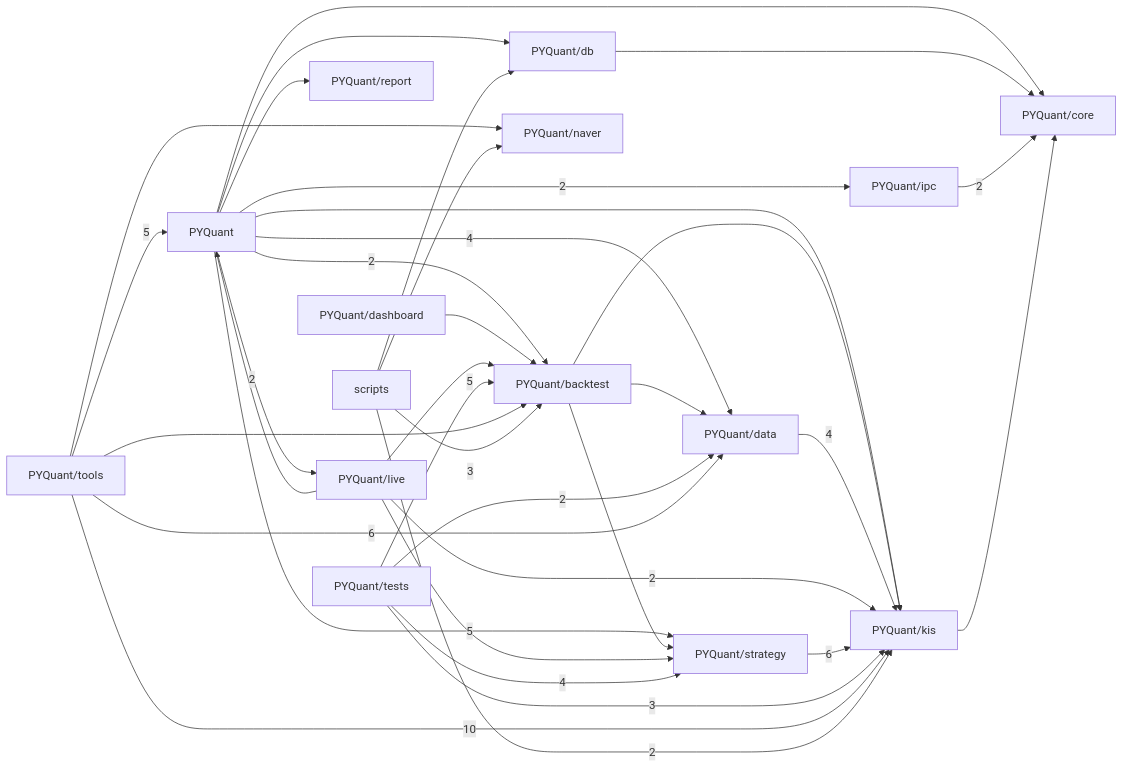
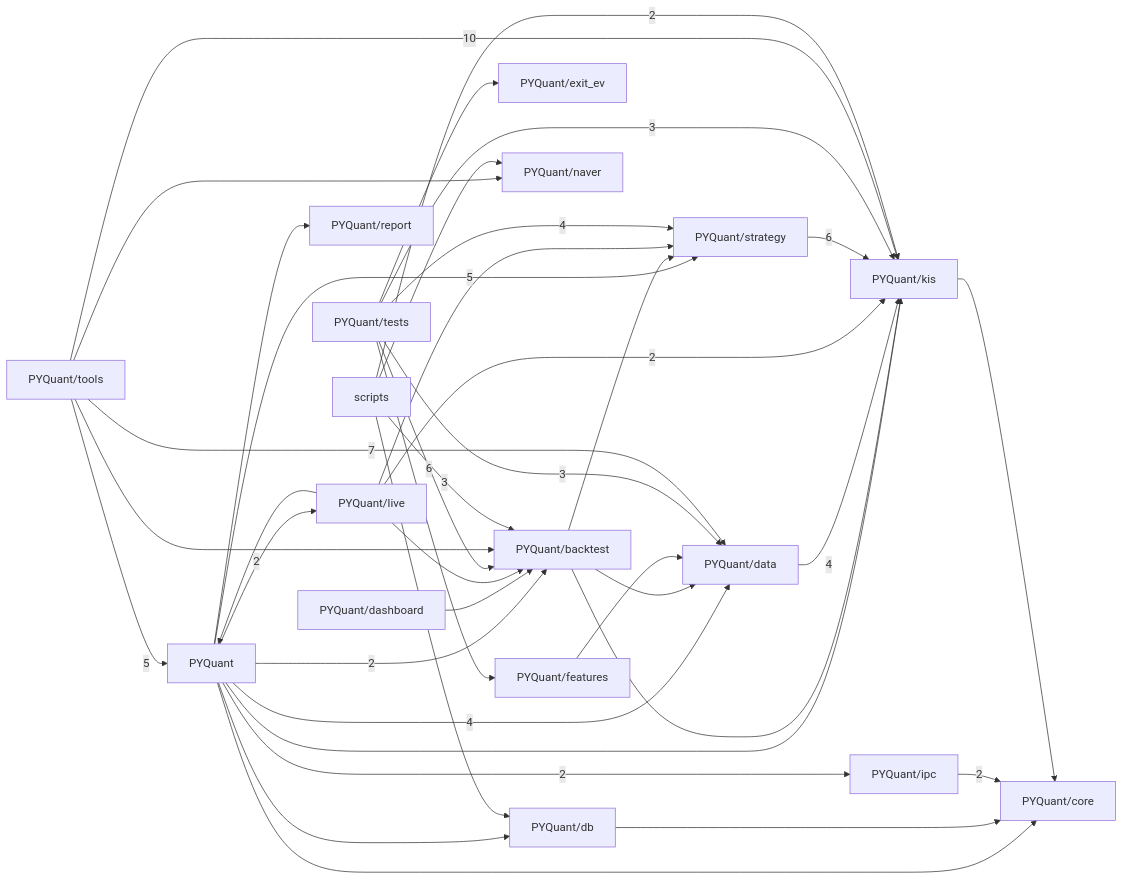
The third of 3 diagrams in docs/CODE_GRAPH.md (pypy8171/Quant), drawn with Mermaid before and after one commit. The commit also changed other lines of this file and 16 other files, not shown here.

````diff
--- a/docs/CODE_GRAPH.md
+++ b/docs/CODE_GRAPH.md
@@ -398,53 +398,58 @@
 ```mermaid
 graph LR
   p_PYQuant["PYQuant"]
   p_PYQuant_backtest["PYQuant/backtest"]
   p_PYQuant_core["PYQuant/core"]
   p_PYQuant_dashboard["PYQuant/dashboard"]
   p_PYQuant_data["PYQuant/data"]
   p_PYQuant_db["PYQuant/db"]
+  p_PYQuant_exit_ev["PYQuant/exit_ev"]
+  p_PYQuant_features["PYQuant/features"]
   p_PYQuant_ipc["PYQuant/ipc"]
   p_PYQuant_kis["PYQuant/kis"]
   p_PYQuant_live["PYQuant/live"]
   p_PYQuant_naver["PYQuant/naver"]
   p_PYQuant_report["PYQuant/report"]
   p_PYQuant_strategy["PYQuant/strategy"]
   p_PYQuant_tests["PYQuant/tests"]
   p_PYQuant_tools["PYQuant/tools"]
   p_scripts["scripts"]
   p_PYQuant -->|2| p_PYQuant_backtest
   p_PYQuant --> p_PYQuant_core
   p_PYQuant -->|4| p_PYQuant_data
   p_PYQuant --> p_PYQuant_db
   p_PYQuant -->|2| p_PYQuant_ipc
   p_PYQuant --> p_PYQuant_kis
   p_PYQuant -->|2| p_PYQuant_live
   p_PYQuant --> p_PYQuant_report
   p_PYQuant -->|5| p_PYQuant_strategy
   p_PYQuant_backtest --> p_PYQuant_data
   p_PYQuant_backtest --> p_PYQuant_kis
   p_PYQuant_backtest --> p_PYQuant_strategy
   p_PYQuant_dashboard --> p_PYQuant_backtest
   p_PYQuant_data -->|4| p_PYQuant_kis
   p_PYQuant_db --> p_PYQuant_core
+  p_PYQuant_features --> p_PYQuant_data
   p_PYQuant_ipc -->|2| p_PYQuant_core
   p_PYQuant_kis --> p_PYQuant_core
   p_PYQuant_live --> p_PYQuant
   p_PYQuant_live --> p_PYQuant_backtest
   p_PYQuant_live -->|2| p_PYQuant_kis
   p_PYQuant_live --> p_PYQuant_strategy
   p_PYQuant_strategy -->|6| p_PYQuant_kis
-  p_PYQuant_tests -->|5| p_PYQuant_backtest
-  p_PYQuant_tests -->|2| p_PYQuant_data
+  p_PYQuant_tests -->|6| p_PYQuant_backtest
+  p_PYQuant_tests -->|3| p_PYQuant_data
+  p_PYQuant_tests --> p_PYQuant_exit_ev
+  p_PYQuant_tests --> p_PYQuant_features
   p_PYQuant_tests -->|3| p_PYQuant_kis
   p_PYQuant_tests -->|4| p_PYQuant_strategy
   p_PYQuant_tools -->|5| p_PYQuant
   p_PYQuant_tools --> p_PYQuant_backtest
-  p_PYQuant_tools -->|6| p_PYQuant_data
+  p_PYQuant_tools -->|7| p_PYQuant_data
   p_PYQuant_tools -->|10| p_PYQuant_kis
   p_PYQuant_tools --> p_PYQuant_naver
   p_scripts -->|3| p_PYQuant_backtest
   p_scripts --> p_PYQuant_db
   p_scripts -->|2| p_PYQuant_kis
   p_scripts --> p_PYQuant_naver
 ```
````
